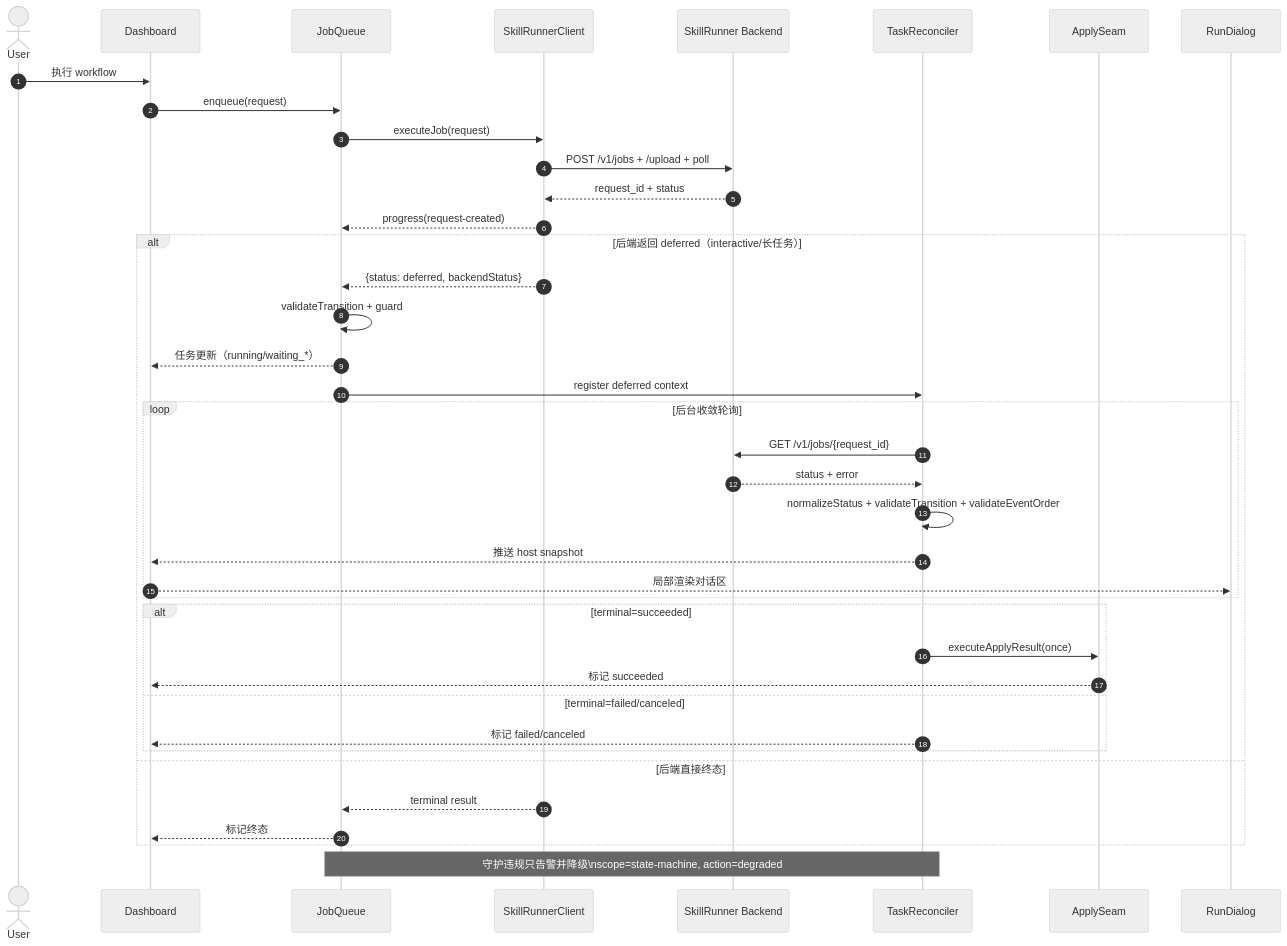
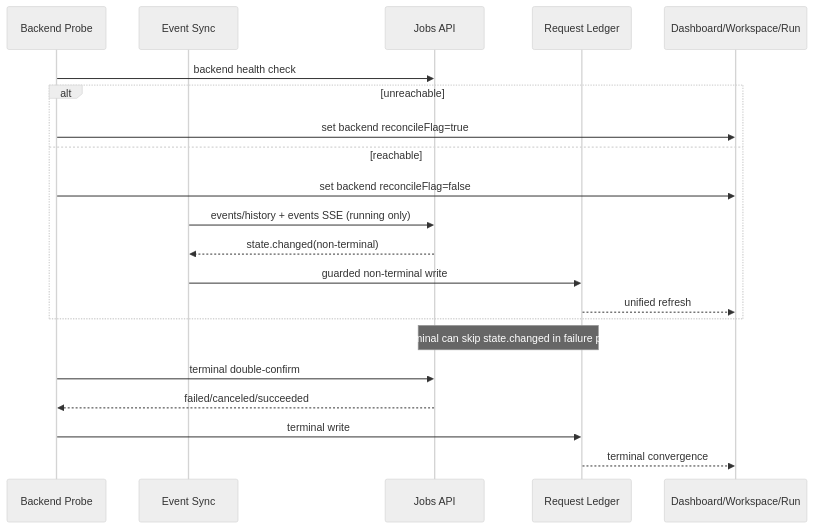
Before and after one commit to leike0813/Zotero-Skills: the diagram in doc/components/skillrunner-provider-state-machine-ssot.md, drawn with Mermaid (neutral theme). The commit also changed other lines of this file and 80 other files, not shown here.

Commit message:
Redesign state machine & reconcile strategy & backend availabliy probe

````diff
--- a/doc/components/skillrunner-provider-state-machine-ssot.md
+++ b/doc/components/skillrunner-provider-state-machine-ssot.md
@@ -135,44 +215,25 @@
 ```mermaid
 sequenceDiagram
-    autonumber
-    actor U as User
-    participant D as Dashboard
-    participant Q as JobQueue
-    participant C as SkillRunnerClient
-    participant B as SkillRunner Backend
-    participant R as TaskReconciler
-    participant A as ApplySeam
-    participant RD as RunDialog
+    participant Probe as Backend Probe
+    participant Sync as Event Sync
+    participant Jobs as Jobs API
+    participant Ledger as Request Ledger
+    participant UI as Dashboard/Workspace/Run
 
-    U->>D: 执行 workflow
-    D->>Q: enqueue(request)
-    Q->>C: executeJob(request)
-    C->>B: POST /v1/jobs + /upload + poll
-    B-->>C: request_id + status
-    C-->>Q: progress(request-created)
-
-    alt 后端返回 deferred（interactive/长任务）
-        C-->>Q: {status: deferred, backendStatus}
-        Q->>Q: validateTransition + guard
-        Q-->>D: 任务更新（running/waiting_*）
-        Q->>R: register deferred context
-        loop 后台收敛轮询
-            R->>B: GET /v1/jobs/{request_id}
-            B-->>R: status + error
-            R->>R: normalizeStatus + validateTransition + validateEventOrder
-            R-->>D: 推送 host snapshot
-            D-->>RD: 局部渲染对话区
-        end
-        alt terminal=succeeded
-            R->>A: executeApplyResult(once)
-            A-->>D: 标记 succeeded
-        else terminal=failed/canceled
-            R-->>D: 标记 failed/canceled
-        end
-    else 后端直接终态
-        C-->>Q: terminal result
-        Q-->>D: 标记终态
+    Probe->>Jobs: backend health check
+    alt unreachable
+      Probe->>UI: set backend reconcileFlag=true
+    else reachable
+      Probe->>UI: set backend reconcileFlag=false
+      Sync->>Jobs: events/history + events SSE (running only)
+      Jobs-->>Sync: state.changed(non-terminal)
+      Sync->>Ledger: guarded non-terminal write
+      Ledger-->>UI: unified refresh
     end
 
-    Note over Q,R: 守护违规只告警并降级\nscope=state-machine, action=degraded
+    Note over Jobs,Ledger: terminal can skip state.changed in failure path
+    Probe->>Jobs: terminal double-confirm
+    Jobs-->>Probe: failed/canceled/succeeded
+    Probe->>Ledger: terminal write
+    Ledger-->>UI: terminal convergence
 ```
````
